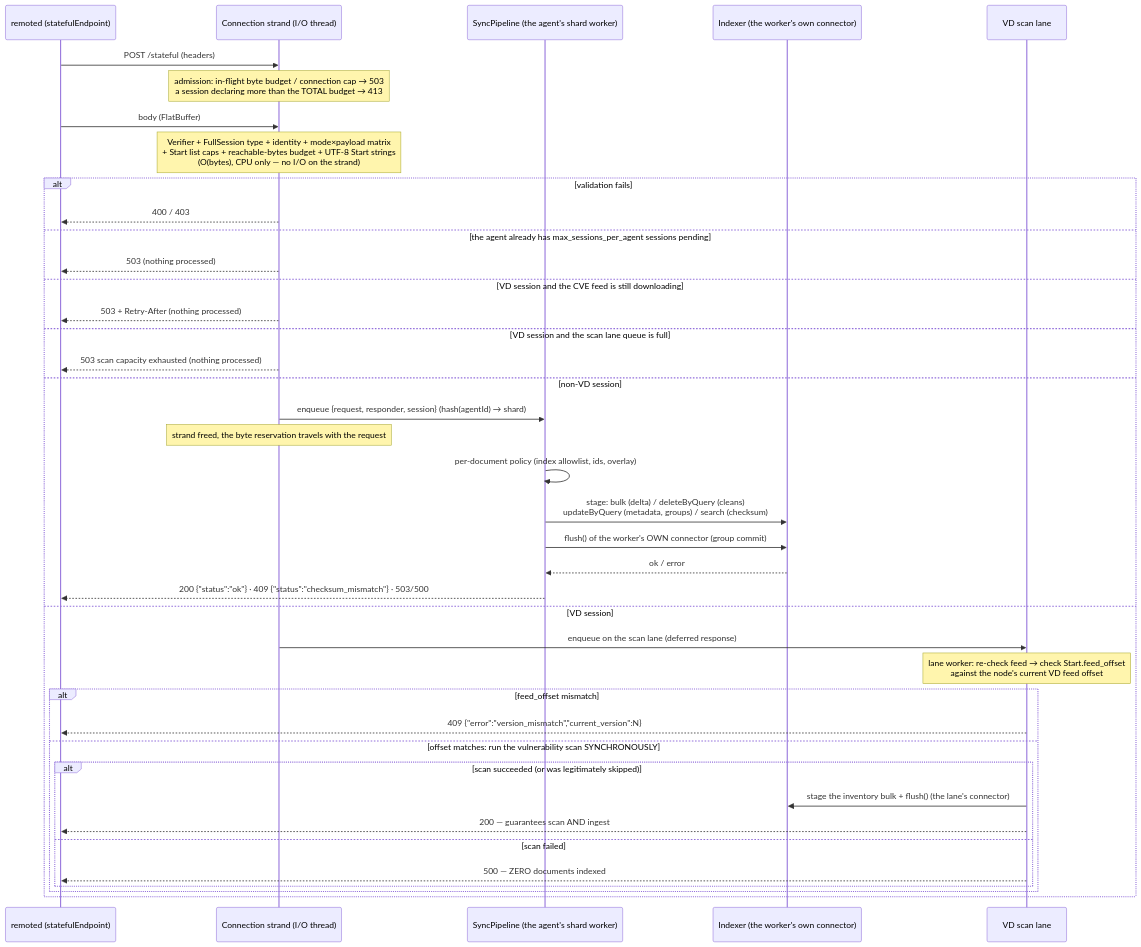
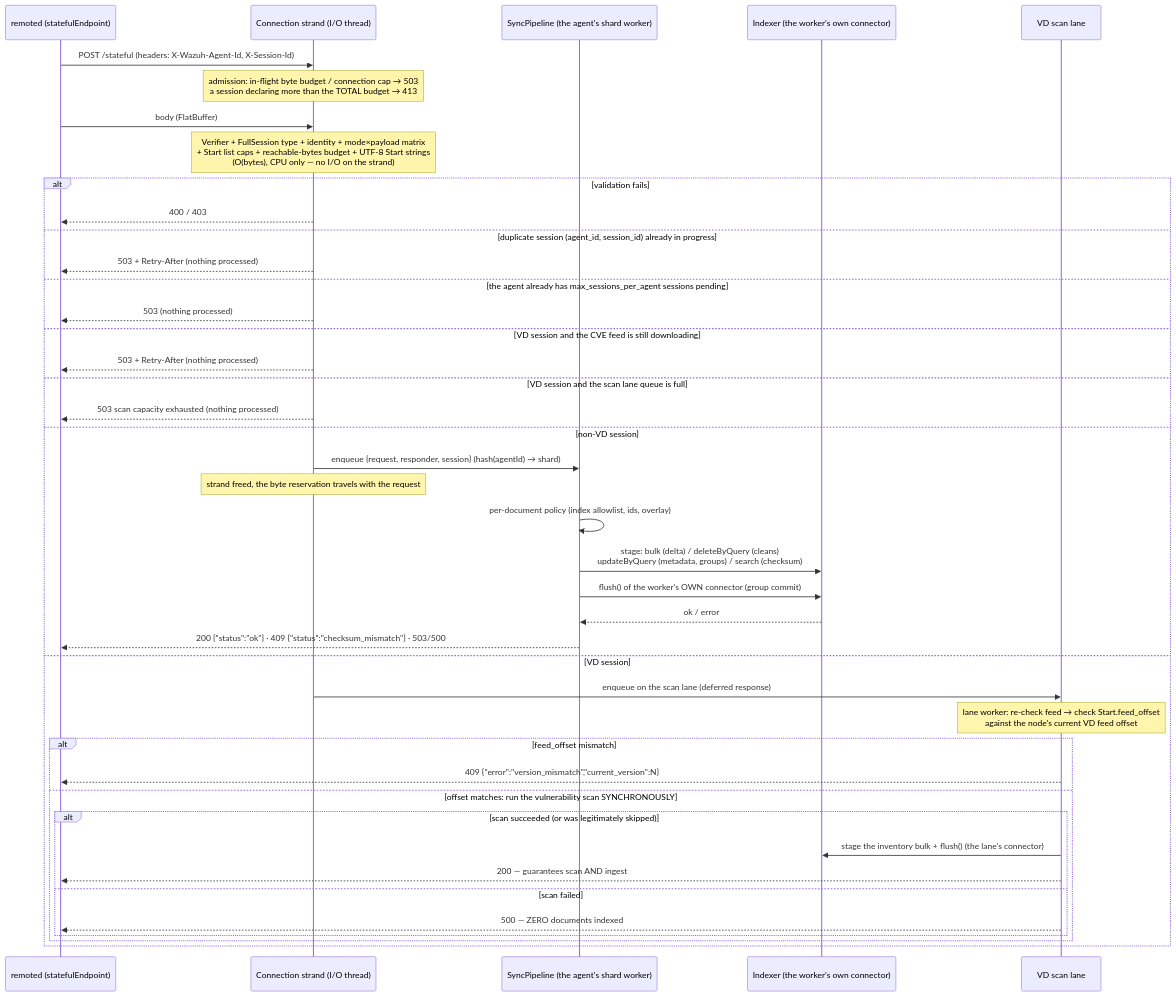
The second of 4 diagrams in docs/ref/modules/inventory-sync-server/architecture.md (wazuh/wazuh), drawn with Mermaid before and after one commit. The commit also changed 3 other files, not shown here.

````diff
--- a/docs/ref/modules/inventory-sync-server/architecture.md
+++ b/docs/ref/modules/inventory-sync-server/architecture.md
@@ -58,42 +58,44 @@
 ```mermaid
 sequenceDiagram
     participant R as remoted (statefulEndpoint)
     participant S as Connection strand (I/O thread)
     participant Q as SyncPipeline (the agent's shard worker)
     participant IDX as Indexer (the worker's own connector)
     participant VQ as VD scan lane
-    R->>S: POST /stateful (headers)
+    R->>S: POST /stateful (headers: X-Wazuh-Agent-Id, X-Session-Id)
     Note over S: admission: in-flight byte budget / connection cap → 503<br/>a session declaring more than the TOTAL budget → 413
     R->>S: body (FlatBuffer)
     Note over S: Verifier + FullSession type + identity + mode×payload matrix<br/>+ Start list caps + reachable-bytes budget + UTF-8 Start strings<br/>(O(bytes), CPU only — no I/O on the strand)
     alt validation fails
         S-->>R: 400 / 403
+    else duplicate session (agent_id, session_id) already in progress
+        S-->>R: 503 + Retry-After (nothing processed)
     else the agent already has max_sessions_per_agent sessions pending
         S-->>R: 503 (nothing processed)
     else VD session and the CVE feed is still downloading
         S-->>R: 503 + Retry-After (nothing processed)
     else VD session and the scan lane queue is full
         S-->>R: 503 scan capacity exhausted (nothing processed)
     else non-VD session
         S->>Q: enqueue {request, responder, session} (hash(agentId) → shard)
         Note over S: strand freed, the byte reservation travels with the request
         Q->>Q: per-document policy (index allowlist, ids, overlay)
         Q->>IDX: stage: bulk (delta) / deleteByQuery (cleans)<br/>updateByQuery (metadata, groups) / search (checksum)
         Q->>IDX: flush() of the worker's OWN connector (group commit)
         IDX-->>Q: ok / error
         Q-->>R: 200 {"status":"ok"} · 409 {"status":"checksum_mismatch"} · 503/500
     else VD session
         S->>VQ: enqueue on the scan lane (deferred response)
         Note over VQ: lane worker: re-check feed → check Start.feed_offset<br/>against the node's current VD feed offset
         alt feed_offset mismatch
             VQ-->>R: 409 {"error":"version_mismatch","current_version":N}
         else offset matches: run the vulnerability scan SYNCHRONOUSLY
             alt scan succeeded (or was legitimately skipped)
                 VQ->>IDX: stage the inventory bulk + flush() (the lane's connector)
                 VQ-->>R: 200 — guarantees scan AND ingest
             else scan failed
                 VQ-->>R: 500 — ZERO documents indexed
             end
         end
     end
 ```
````
